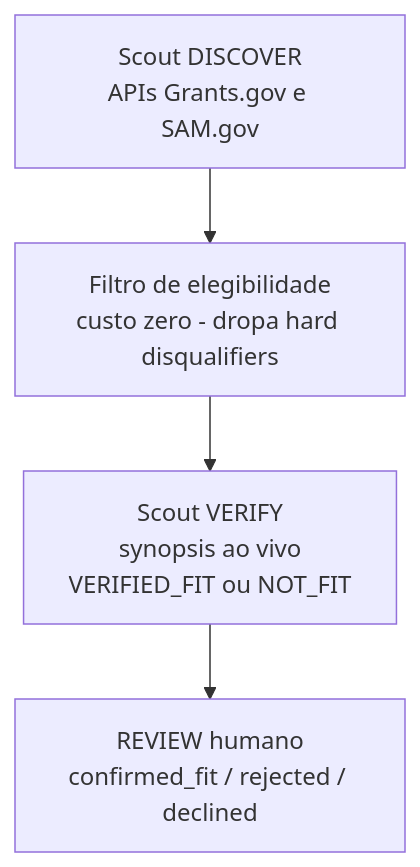
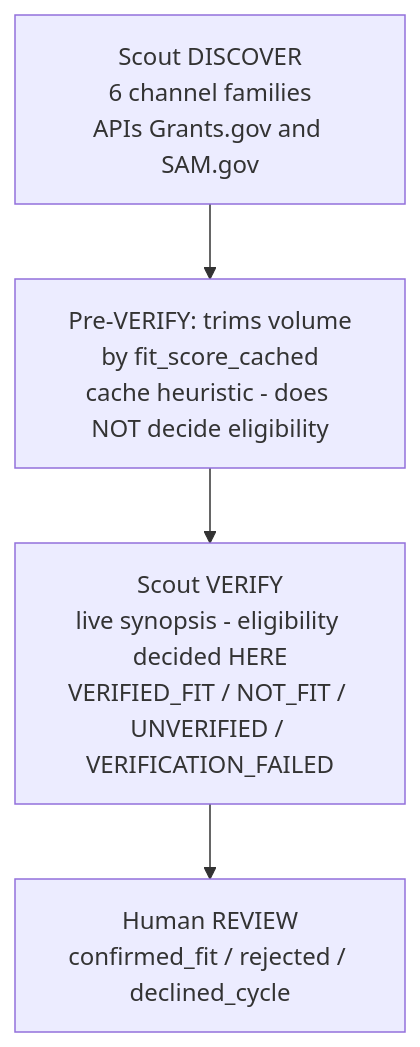
The fourth of 6 diagrams in projects/goldenquill/victor/discovery.md (cyberAlchemyAI/domainspec-core), drawn with Mermaid before and after one commit. The commit also changed other lines of this file, not shown here.

````diff
--- a/projects/goldenquill/victor/discovery.md
+++ b/projects/goldenquill/victor/discovery.md
@@ -197,6 +198,6 @@
 ```mermaid
 flowchart TD
-  A[Scout DISCOVER<br/>APIs Grants.gov e SAM.gov] --> B[Filtro de elegibilidade<br/>custo zero - dropa hard disqualifiers]
-  B --> C[Scout VERIFY<br/>synopsis ao vivo<br/>VERIFIED_FIT ou NOT_FIT]
-  C --> D[REVIEW humano<br/>confirmed_fit / rejected / declined]
+  A[Scout DISCOVER<br/>6 channel families<br/>APIs Grants.gov and SAM.gov] --> B[Pre-VERIFY: trims volume<br/>by fit_score_cached<br/>cache heuristic - does NOT decide eligibility]
+  B --> C[Scout VERIFY<br/>live synopsis - eligibility decided HERE<br/>VERIFIED_FIT / NOT_FIT / UNVERIFIED / VERIFICATION_FAILED]
+  C --> D[Human REVIEW<br/>confirmed_fit / rejected / declined_cycle]
 ```
````
